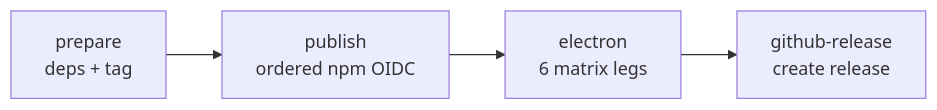
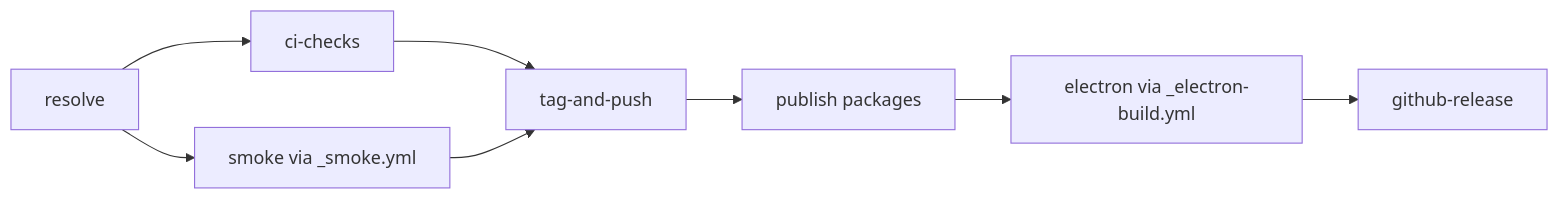
Before and after one commit to BlackBeltTechnology/pi-agent-dashboard: the third of 3 diagrams in .pi/skills/ci-troubleshoot/SKILL.md, drawn with Mermaid. The commit also changed other lines of this file and 9 other files, not shown here.

````diff
--- a/.pi/skills/ci-troubleshoot/SKILL.md
+++ b/.pi/skills/ci-troubleshoot/SKILL.md
@@ -67,6 +62,10 @@
 ```mermaid
 flowchart LR
-  prepare[prepare<br/>deps + tag] --> publish[publish<br/>ordered npm OIDC]
-  publish --> electron[electron<br/>6 matrix legs]
-  electron --> release[github-release<br/>create release]
+  resolve[resolve] --> checks[ci-checks]
+  resolve --> smoke[smoke via _smoke.yml]
+  checks --> tag[tag-and-push]
+  smoke --> tag
+  tag --> publish[publish packages]
+  publish --> electron[electron via _electron-build.yml]
+  electron --> release[github-release]
 ```
````
